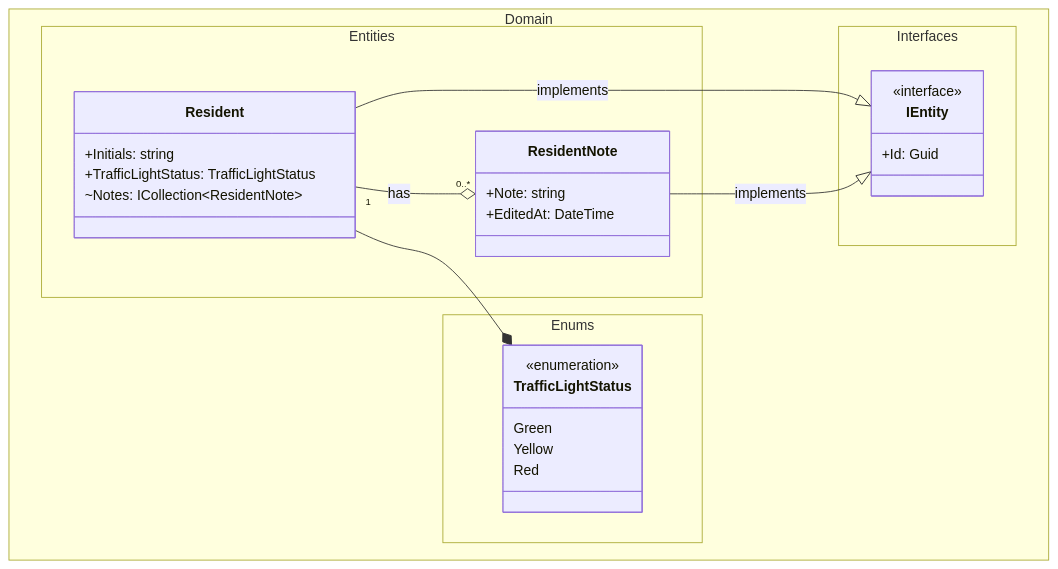
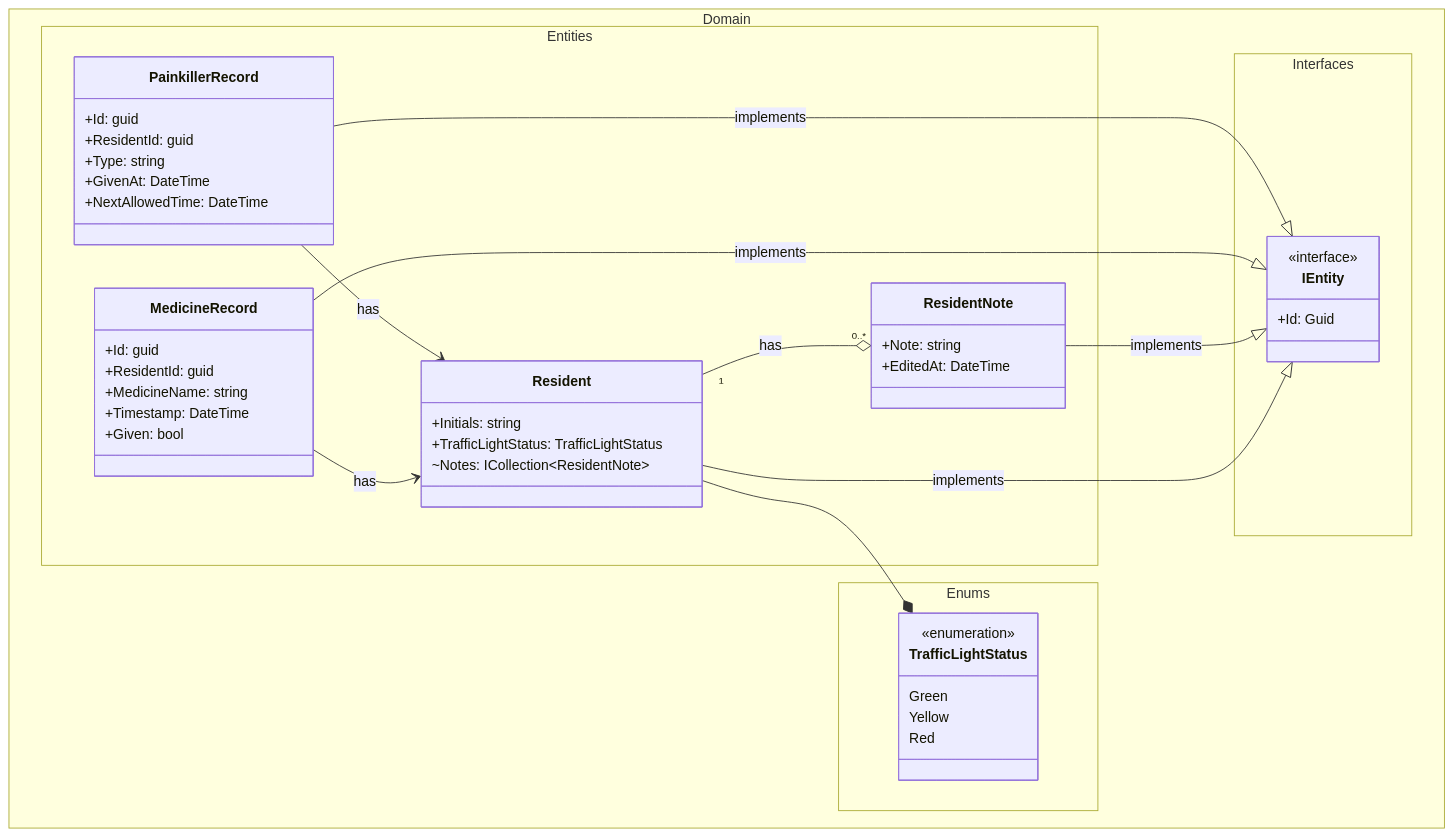
The first of 5 diagrams in docs/dcd.md (DMOoF25-Team6/Slottets-Drifttavlen), drawn with Mermaid before and after one commit. The commit also changed other lines of this file and 63 other files, not shown here.

````diff
--- a/docs/dcd.md
+++ b/docs/dcd.md
@@ -20,53 +20,69 @@
 ```mermaid
 %% Design Class Diagram for Solution Repositories and Interfaces
 classDiagram
   direction TB
 
   name
 
   namespace Domain.Entities {
     class Resident {
       +Initials: string
       +TrafficLightStatus: TrafficLightStatus
       ~Notes: ICollection~ResidentNote~
     }
     class ResidentNote {
       +Note: string
       +EditedAt: DateTime
+    }
+    class MedicineRecord {
+      +Id: guid
+      +ResidentId: guid
+      +MedicineName: string
+      +Timestamp: DateTime
+      +Given: bool
+    }
+    class PainkillerRecord {
+      +Id: guid
+      +ResidentId: guid
+      +Type: string
+      +GivenAt: DateTime
+      +NextAllowedTime: DateTime
     }
   }
 
   namespace Domain.Enums {
     class TrafficLightStatus {
       <<enumeration>>
       Green
       Yellow
       Red
     }
   }
 
   namespace Domain.Interfaces {
     class IEntity {
       <<interface>>
       +Id: Guid
     }
   }
 
   %% Associations
   Resident "1" --o "0..*" ResidentNote : has
-
   Resident --* TrafficLightStatus : 
-
+  MedicineRecord --> Resident : has
+  PainkillerRecord --> Resident : has
   %% Associations for Interfaces
 
   %% Interface Implementations
- 
+
   %% Inheritance
 
   %% Implementation
   Resident --|> IEntity : implements
   ResidentNote --|> IEntity : implements
+  MedicineRecord --|> IEntity : implements
+  PainkillerRecord --|> IEntity : implements
 
   %% Service Dependencies
 
 ```
````
